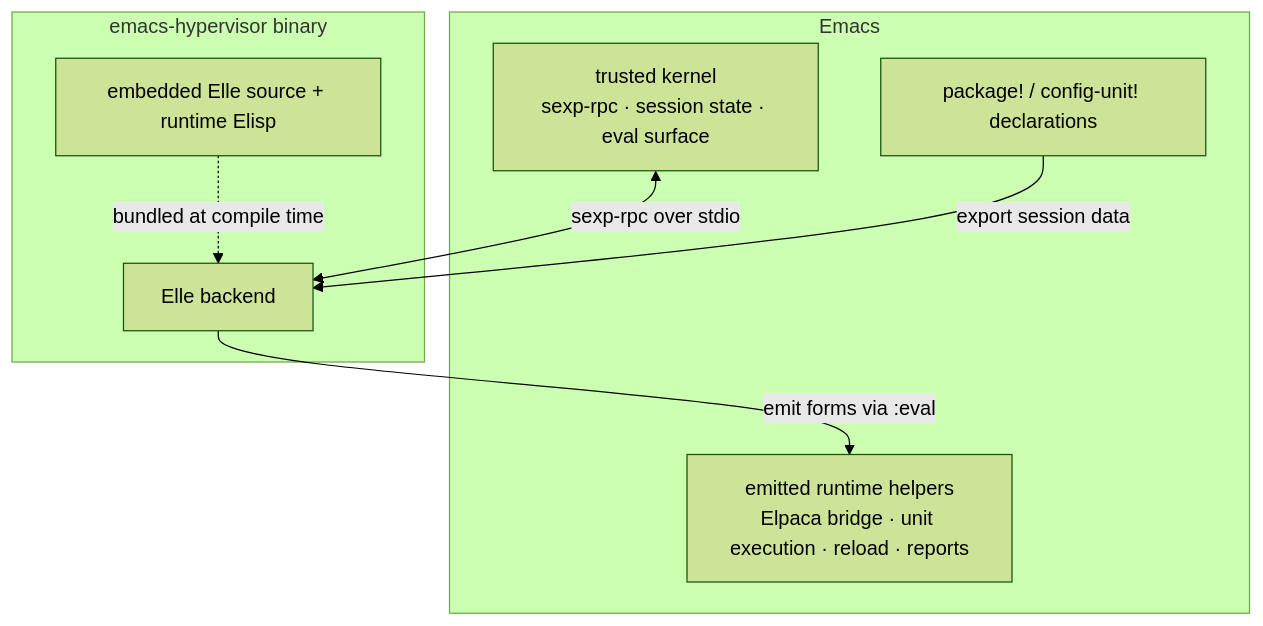
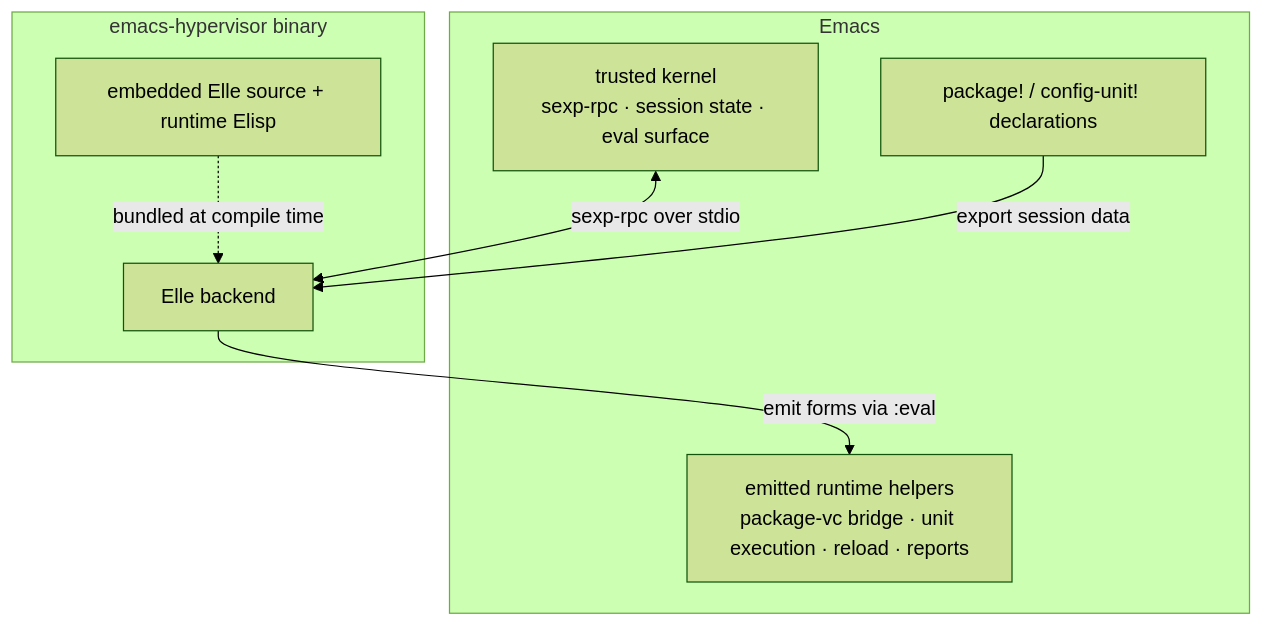
The first of 2 diagrams in docs/architecture.md (nohzafk/emacs-hypervisor), drawn with Mermaid (forest theme) before and after one commit. The commit also changed other lines of this file and 3 other files, not shown here.

Commit message:
docs(architecture): align runtime boundary notes

````diff
--- a/docs/architecture.md
+++ b/docs/architecture.md
@@ -38,18 +38,18 @@
 ```mermaid
 flowchart TD
     subgraph Emacs
         Kernel["trusted kernel<br/>sexp-rpc · session state · eval surface"]
         Decls["package! / config-unit! declarations"]
-        Runtime["emitted runtime helpers<br/>Elpaca bridge · unit execution · reload · reports"]
+        Runtime["emitted runtime helpers<br/>package-vc bridge · unit execution · reload · reports"]
     end
 
     subgraph Binary["emacs-hypervisor binary"]
         Elle["Elle backend"]
         Embedded["embedded Elle source + runtime Elisp"]
     end
 
     Kernel <-- "sexp-rpc over stdio" --> Elle
     Decls -- "export session data" --> Elle
     Elle -- "emit forms via :eval" --> Runtime
     Embedded -. "bundled at compile time" .-> Elle
 ```
````
